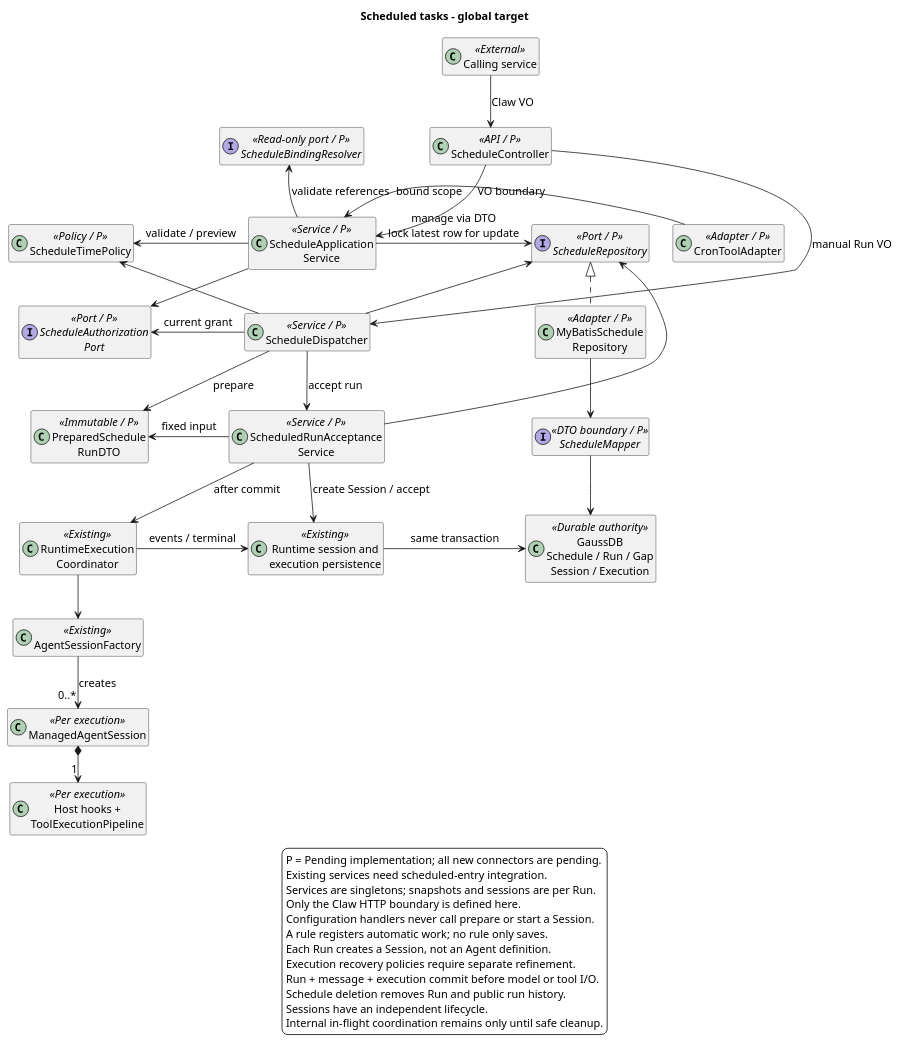
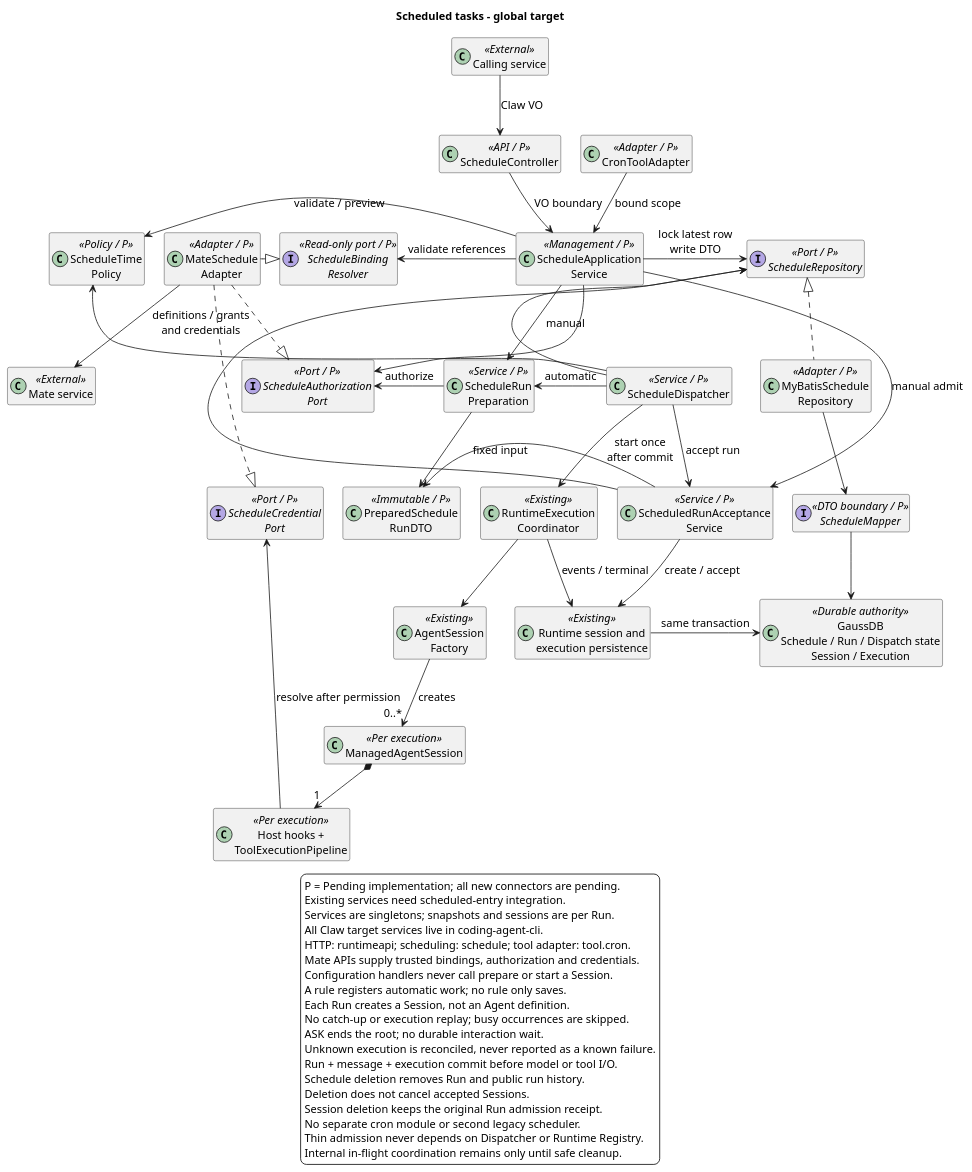
One commit to ssm0808/pi-mono-java-design changed the second of 4 diagrams in 01-总体架构/08-CampusClaw定时任务/diagram.puml. Above: the diagram before and after it, drawn with PlantUML. The commit also changed other lines of this file and 15 other files, not shown here.

Commit message:
docs(schedule): define noninteractive execution and Mate credentials

```diff
--- a/01-总体架构/08-CampusClaw定时任务/diagram.puml
+++ b/01-总体架构/08-CampusClaw定时任务/diagram.puml
@@ -57,80 +62,103 @@
 @startuml scheduled_task_architecture
 ' Baseline: Claude Deployment / Run / Session and run/pause/unpause, checked 2026-10-05, Beta.
 ' Source: modules/cron/src/main/java/com/campusclaw/cron/CronService.java createJob and triggerJob.
 ' Source: modules/coding-agent-cli/src/main/java/com/campusclaw/codingagent/tool/cron/ManagedCronSessionRunner.java execute.
 ' Source: modules/coding-agent-cli/src/main/java/com/campusclaw/codingagent/runtimeapi/event/RuntimeExecutionCoordinator.java start and commitTerminal.
 ' Source: modules/coding-agent-cli/src/main/java/com/campusclaw/codingagent/session/AgentSessionFactory.java create.
 ' Java baseline: 553dcd5e2ff682f9684810a043b442b37a02e54a.
 ' Design reason: preserve API, service, policy, adapter, runtime and durable boundaries.
 ' Product constraint: every Run creates a new Session using the bound Agent definition.
+' Architecture change: Cron merges into coding-agent-cli; no independent cron artifact.
+' Source: pom.xml modules; scripts/sync-campusclaw.sh MODULES.
+' Source: modules/coding-agent-cli/src/main/java/com/campusclaw/codingagent/runtimeapi/runtime/RuntimeSessionEngineRegistry.java createSession.
+' Source: modules/coding-agent-cli/src/main/java/com/campusclaw/codingagent/tool/cron/AgentScopedCronToolFactory.java create.
+' Design reason: thin admission has no dependency on the dispatcher or execution registry.
 ' Architecture change: one acceptance path; no existing-session target strategy.
 ' Architecture change: every P node and every connector is Pending implementation.
 title Scheduled tasks - global target
 skinparam backgroundColor white
 skinparam defaultFontSize 14
 skinparam classAttributeIconSize 0
-skinparam nodesep 30
-skinparam ranksep 45
+skinparam nodesep 25
+skinparam ranksep 55
 hide empty members
 class "Calling service" as Caller <<External>>
 class "ScheduleController" as Api <<API / P>>
 class "CronToolAdapter" as Tool <<Adapter / P>>
-class "ScheduleApplication\nService" as App <<Service / P>>
+class "ScheduleApplication\nService" as App <<Management / P>>
 class "ScheduleDispatcher" as Dispatch <<Service / P>>
 interface "ScheduleAuthorization\nPort" as Auth <<Port / P>>
-interface "ScheduleBindingResolver" as Binding <<Read-only port / P>>
-class "ScheduleTimePolicy" as Time <<Policy / P>>
+interface "ScheduleCredential\nPort" as Credential <<Port / P>>
+class "MateSchedule\nAdapter" as MateAdapter <<Adapter / P>>
+class "Mate service" as Mate <<External>>
+interface "ScheduleBinding\nResolver" as Binding <<Read-only port / P>>
+class "ScheduleTime\nPolicy" as Time <<Policy / P>>
+class "ScheduleRun\nPreparation" as Prepare <<Service / P>>
 class "PreparedSchedule\nRunDTO" as Snapshot <<Immutable / P>>
 interface "ScheduleRepository" as Repo <<Port / P>>
 class "MyBatisSchedule\nRepository" as RepoImpl <<Adapter / P>>
 interface "ScheduleMapper" as Mapper <<DTO boundary / P>>
-class "GaussDB\nSchedule / Run / Gap\nSession / Execution" as Db <<Durable authority>>
+class "GaussDB\nSchedule / Run / Dispatch state\nSession / Execution" as Db <<Durable authority>>
 class "ScheduledRunAcceptance\nService" as Accept <<Service / P>>
 class "Runtime session and\nexecution persistence" as Persist <<Existing>>
 class "RuntimeExecution\nCoordinator" as Coordinator <<Existing>>
-class "AgentSessionFactory" as Factory <<Existing>>
+class "AgentSession\nFactory" as Factory <<Existing>>
 class "ManagedAgentSession" as Session <<Per execution>>
 class "Host hooks +\nToolExecutionPipeline" as Pipeline <<Per execution>>
 Caller -down-> Api : Claw VO
 Api -down-> App : VO boundary
-Api -[norank]-> Dispatch : manual Run VO
-Tool -left-> App : bound scope
+App -down-> Prepare : manual
+App -[norank]-> Accept : manual admit
+Tool -down-> App : bound scope
 App -down[hidden]-> Dispatch
-Time -down[hidden]-> Auth
-Auth -down[hidden]-> Snapshot
+Binding -down[hidden]-> Auth
+Auth -down[hidden]-> Credential
 App -left-> Time : validate / preview
-App -right-> Repo : manage via DTO\nlock latest row for update
+App -right-> Repo : lock latest row\nwrite DTO
 App -[norank]-> Auth
-App -up-> Binding : validate references
+App -left-> Binding : validate references
 Dispatch -down-> Accept : accept run
-Dispatch -left-> Auth : current grant
+Dispatch -left-> Prepare : automatic
 Dispatch -[norank]-> Time
 Dispatch -[norank]-> Repo
-Dispatch -[norank]-> Snapshot : prepare
+Prepare -left-> Auth : authorize
+Pipeline -left-> Credential : resolve after permission
+Prepare -down-> Snapshot
+MateAdapter .right.|> Auth
+MateAdapter .right.|> Binding
+MateAdapter .right.|> Credential
+MateAdapter -down-> Mate : definitions / grants\nand credentials
 Accept -left-> Snapshot : fixed input
 Accept -[norank]-> Repo
 Repo <|.. RepoImpl
 RepoImpl -down-> Mapper
 Mapper -down-> Db
-Accept -down-> Persist : create Session / accept
-Persist -[norank]-> Db : same transaction
-Accept -down-> Coordinator : after commit
-Coordinator -[norank]-> Persist : events / terminal
+Accept -down-> Persist : create / accept
+Persist -right-> Db : same transaction
+Dispatch -down-> Coordinator : start once\nafter commit
+Coordinator -right-> Persist : events / terminal
 Coordinator -down-> Factory
 Factory -down-> "0..*" Session : creates
 Session *-down-> "1" Pipeline
 legend bottom
   P = Pending implementation; all new connectors are pending.
   Existing services need scheduled-entry integration.
   Services are singletons; snapshots and sessions are per Run.
-  Only the Claw HTTP boundary is defined here.
+  All Claw target services live in coding-agent-cli.
+  HTTP: runtimeapi; scheduling: schedule; tool adapter: tool.cron.
+  Mate APIs supply trusted bindings, authorization and credentials.
   Configuration handlers never call prepare or start a Session.
   A rule registers automatic work; no rule only saves.
   Each Run creates a Session, not an Agent definition.
-  Execution recovery policies require separate refinement.
+  No catch-up or execution replay; busy occurrences are skipped.
+  ASK ends the root; no durable interaction wait.
+  Unknown execution is reconciled, never reported as a known failure.
   Run + message + execution commit before model or tool I/O.
   Schedule deletion removes Run and public run history.
-  Sessions have an independent lifecycle.
+  Deletion does not cancel accepted Sessions.
+  Session deletion keeps the original Run admission receipt.
+  No separate cron module or second legacy scheduler.
+  Thin admission never depends on Dispatcher or Runtime Registry.
   Internal in-flight coordination remains only until safe cleanup.
 endlegend
 @enduml
```
